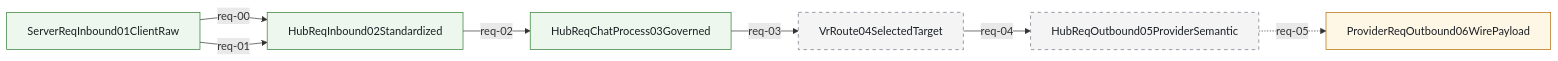
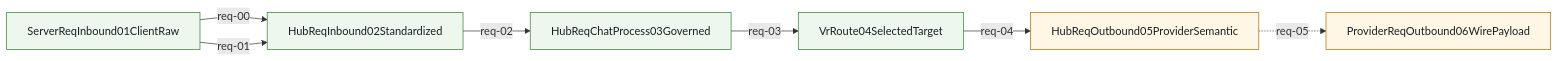
The diagram in docs/architecture/wiki/request-mainline-call-graph.md (Jasonzhangf/routecodex), drawn with Mermaid before and after one commit. The commit also changed other lines of this file and 79 other files, not shown here.

````diff
--- a/docs/architecture/wiki/request-mainline-call-graph.md
+++ b/docs/architecture/wiki/request-mainline-call-graph.md
@@ -20,24 +20,24 @@
 ```mermaid
 flowchart LR
   ProviderReqOutbound06WirePayload["ProviderReqOutbound06WirePayload"]
   HubReqOutbound05ProviderSemantic["HubReqOutbound05ProviderSemantic"]
   VrRoute04SelectedTarget["VrRoute04SelectedTarget"]
   HubReqChatProcess03Governed["HubReqChatProcess03Governed"]
   HubReqInbound02Standardized["HubReqInbound02Standardized"]
   ServerReqInbound01ClientRaw["ServerReqInbound01ClientRaw"]
   ServerReqInbound01ClientRaw -->|req-00| HubReqInbound02Standardized
   ServerReqInbound01ClientRaw -->|req-01| HubReqInbound02Standardized
   HubReqInbound02Standardized -->|req-02| HubReqChatProcess03Governed
   HubReqChatProcess03Governed -->|req-03| VrRoute04SelectedTarget
   VrRoute04SelectedTarget -->|req-04| HubReqOutbound05ProviderSemantic
   HubReqOutbound05ProviderSemantic -.->|req-05| ProviderReqOutbound06WirePayload
   classDef anchored fill:#edf7ed,stroke:#2e7d32,stroke-width:1px,color:#1b1f23;
   classDef partial fill:#fff7e6,stroke:#b26a00,stroke-width:1px,color:#1b1f23;
   classDef pending fill:#f4f4f5,stroke:#6b7280,stroke-width:1px,stroke-dasharray: 5 5,color:#1b1f23;
   class ServerReqInbound01ClientRaw anchored;
   class HubReqInbound02Standardized anchored;
   class HubReqChatProcess03Governed anchored;
-  class VrRoute04SelectedTarget pending;
-  class HubReqOutbound05ProviderSemantic pending;
+  class VrRoute04SelectedTarget anchored;
+  class HubReqOutbound05ProviderSemantic partial;
   class ProviderReqOutbound06WirePayload partial;
 ```
````
